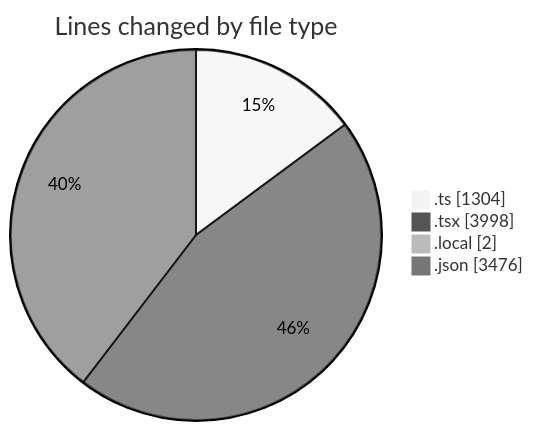
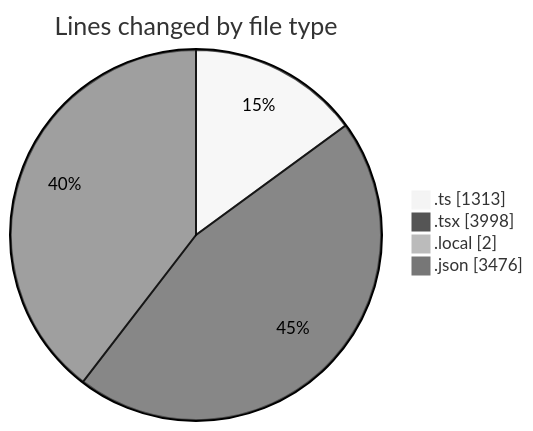
One commit to julien-gomy/code-tracking changed the first of 2 diagrams in 2025-10-28/eventscop-frontend-guide__workspace_/README.md. Above: the diagram before and after it, drawn with Mermaid (neutral theme). The commit also changed other lines of this file and 1 other file, not shown here.

````diff
--- a/2025-10-28/eventscop-frontend-guide__workspace_/README.md
+++ b/2025-10-28/eventscop-frontend-guide__workspace_/README.md
@@ -50,8 +50,8 @@
 ```mermaid
 pie showData
 title Lines changed by file type
-".ts" : 1304
+".ts" : 1313
 ".tsx" : 3998
 ".local" : 2
 ".json" : 3476
 ```
````
